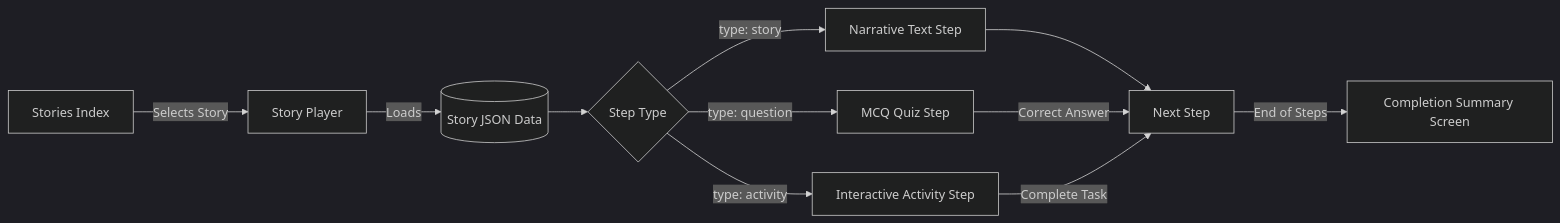
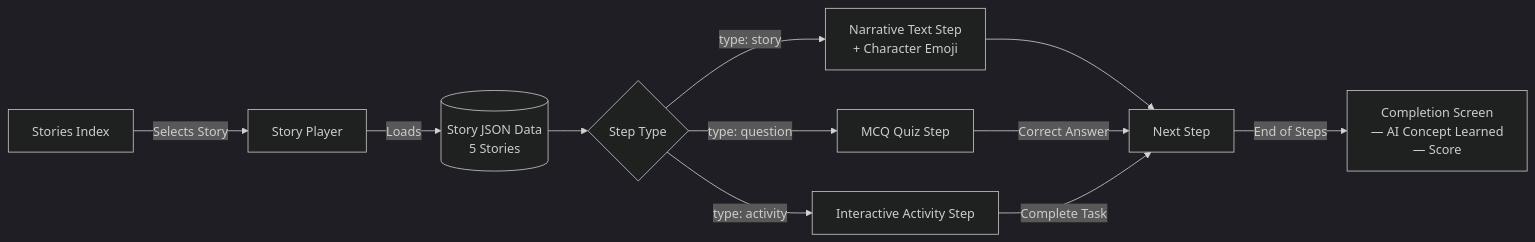
Before and after one commit to kenyjohn/avenircore-kids: the fourth of 4 diagrams in docs/architecture.md, drawn with Mermaid (dark theme). The commit also changed other lines of this file and 1 other file, not shown here.

Commit message:
docs: update README and architecture with email infrastructure (Resend)

````diff
--- a/docs/architecture.md
+++ b/docs/architecture.md
@@ -68,16 +114,16 @@
 ```mermaid
 flowchart LR
     Index[Stories Index] -->|Selects Story| Player[Story Player]
-    Player -->|Loads| JSON[(Story JSON Data)]
+    Player -->|Loads| JSON[(Story JSON Data\n5 Stories)]
     
     JSON --> RouterLogic{Step Type}
     
-    RouterLogic -->|type: story| StoryStep[Narrative Text Step]
+    RouterLogic -->|type: story| StoryStep[Narrative Text Step\n+ Character Emoji]
     RouterLogic -->|type: question| QuestionStep[MCQ Quiz Step]
     RouterLogic -->|type: activity| ActivityStep[Interactive Activity Step]
 
     StoryStep --> Progression[Next Step]
     QuestionStep -->|Correct Answer| Progression
     ActivityStep -->|Complete Task| Progression
-    Progression -->|End of Steps| Completion[Completion Summary Screen]
+    Progression -->|End of Steps| Completion[Completion Screen\n— AI Concept Learned\n— Score]
 ```
````
